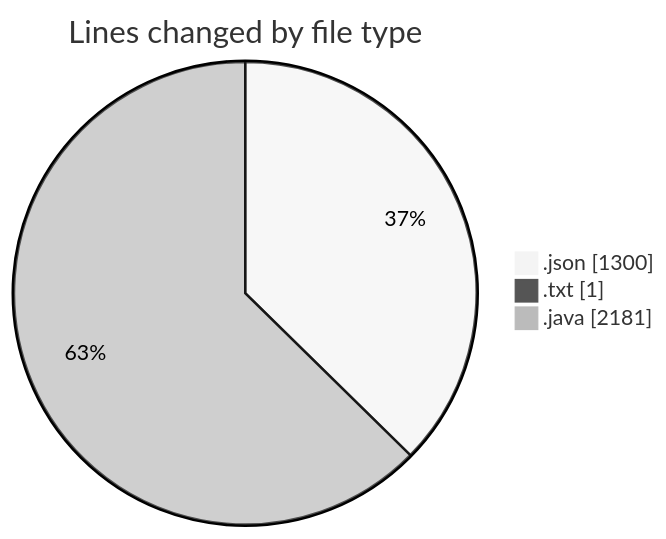
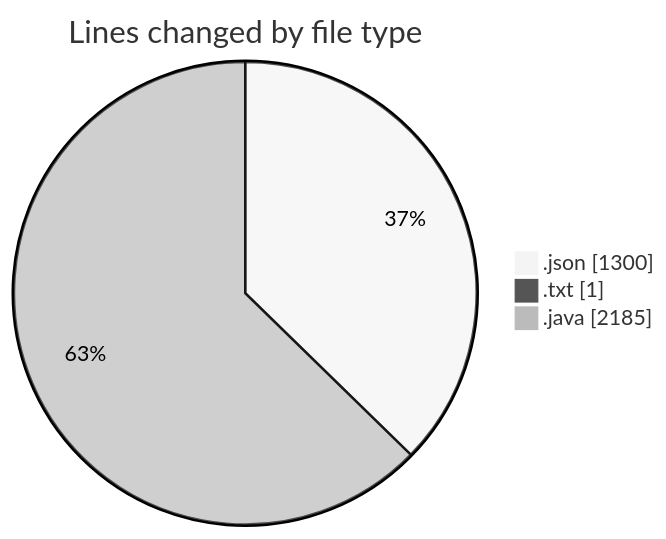
The first of 2 diagrams in 2026-10-15/cilapp/README.md (ricardozamudiocil/code-tracking), drawn with Mermaid (neutral theme) before and after one commit. The commit also changed other lines of this file and 1 other file, not shown here.

````diff
--- a/2026-10-15/cilapp/README.md
+++ b/2026-10-15/cilapp/README.md
@@ -23,7 +23,7 @@
 ```mermaid
 pie showData
 title Lines changed by file type
 ".json" : 1300
 ".txt" : 1
-".java" : 2181
+".java" : 2185
 ```
````
